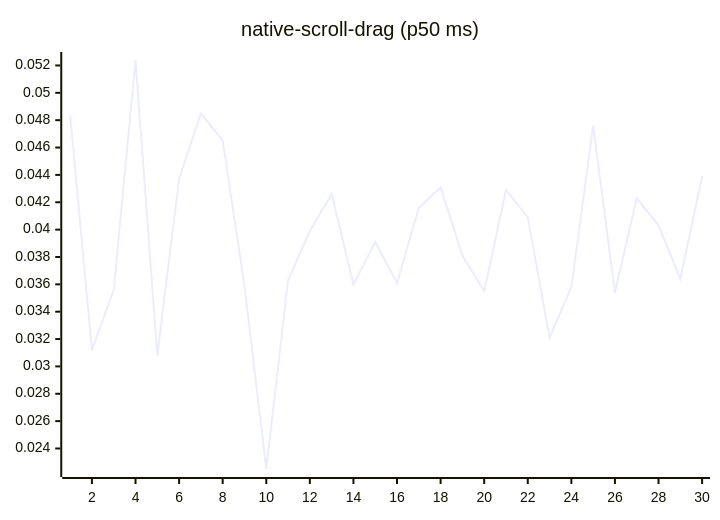
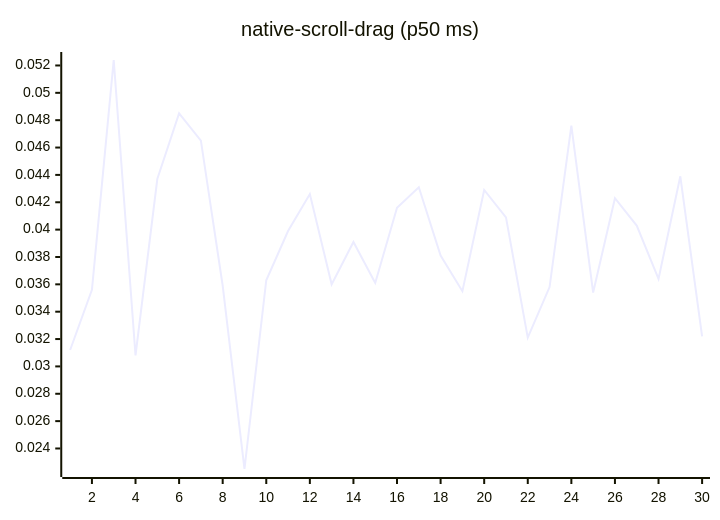
Diagram 14 of 27 in README.md (josha/Facet), drawn with Mermaid before and after one commit. The commit also changed other lines of this file and 2 other files, not shown here.

````diff
--- a/README.md
+++ b/README.md
@@ -154,6 +154,6 @@
 ```mermaid
 xychart-beta
     title "native-scroll-drag (p50 ms)"
     x-axis 1 --> 30
-    line [0.0484, 0.0312, 0.0356, 0.0524, 0.0308, 0.0437, 0.0485, 0.0465, 0.0359, 0.0225, 0.0363, 0.0399, 0.0426, 0.0360, 0.0391, 0.0361, 0.0416, 0.0431, 0.0381, 0.0355, 0.0429, 0.0409, 0.0321, 0.0358, 0.0476, 0.0354, 0.0423, 0.0403, 0.0364, 0.0439]
+    line [0.0312, 0.0356, 0.0524, 0.0308, 0.0437, 0.0485, 0.0465, 0.0359, 0.0225, 0.0363, 0.0399, 0.0426, 0.0360, 0.0391, 0.0361, 0.0416, 0.0431, 0.0381, 0.0355, 0.0429, 0.0409, 0.0321, 0.0358, 0.0476, 0.0354, 0.0423, 0.0403, 0.0364, 0.0439, 0.0322]
 ```
````
